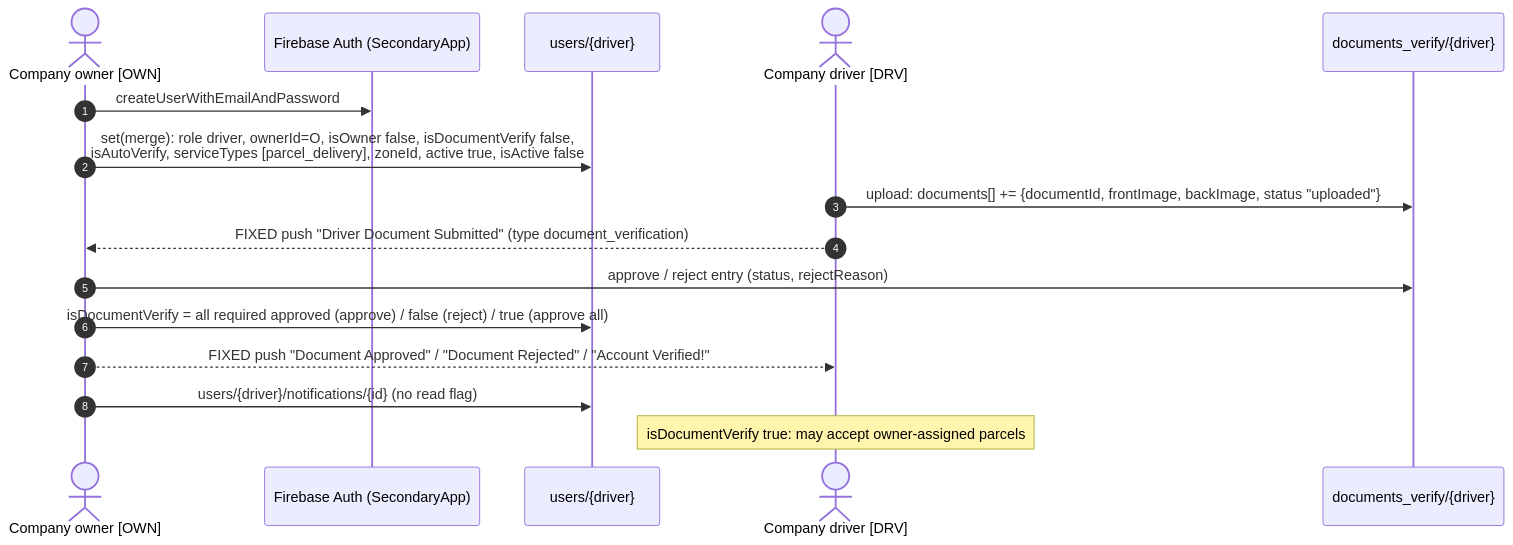
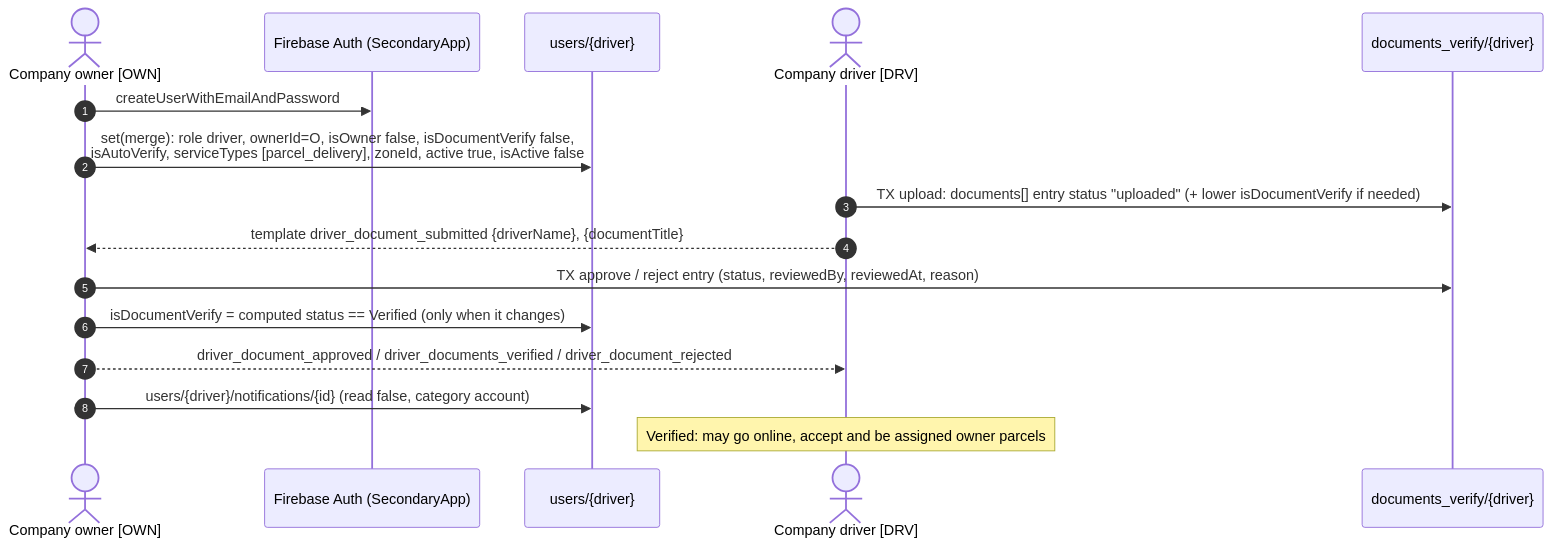
One commit to mayankmodi-siddhiinfosoft/spideli_emart changed the third of 8 diagrams in docs/PARCEL-MANAGEMENT-FLOW.md. Above: the diagram before and after it, drawn with Mermaid. The commit also changed other lines of this file, not shown here.

Commit message:
docs: parcel management and delivery flow re-verified (carrier set-up, computed driver verification, verified-only assignment, document templates, current gaps)

````diff
--- a/docs/PARCEL-MANAGEMENT-FLOW.md
+++ b/docs/PARCEL-MANAGEMENT-FLOW.md
@@ -431,18 +572,18 @@
 ```mermaid
 sequenceDiagram
     autonumber
     actor O as Company owner [OWN]
     participant A as Firebase Auth (SecondaryApp)
     participant U as users/{driver}
     actor D as Company driver [DRV]
     participant V as documents_verify/{driver}
     O->>A: createUserWithEmailAndPassword
     O->>U: set(merge): role driver, ownerId=O, isOwner false, isDocumentVerify false,<br/>isAutoVerify, serviceTypes [parcel_delivery], zoneId, active true, isActive false
-    D->>V: upload: documents[] += {documentId, frontImage, backImage, status "uploaded"}
-    D-->>O: FIXED push "Driver Document Submitted" (type document_verification)
-    O->>V: approve / reject entry (status, rejectReason)
-    O->>U: isDocumentVerify = all required approved (approve) / false (reject) / true (approve all)
-    O-->>D: FIXED push "Document Approved" / "Document Rejected" / "Account Verified!"
-    O->>U: users/{driver}/notifications/{id} (no read flag)
-    Note over D: isDocumentVerify true: may accept owner-assigned parcels
+    D->>V: TX upload: documents[] entry status "uploaded" (+ lower isDocumentVerify if needed)
+    D-->>O: template driver_document_submitted {driverName}, {documentTitle}
+    O->>V: TX approve / reject entry (status, reviewedBy, reviewedAt, reason)
+    O->>U: isDocumentVerify = computed status == Verified (only when it changes)
+    O-->>D: driver_document_approved / driver_documents_verified / driver_document_rejected
+    O->>U: users/{driver}/notifications/{id} (read false, category account)
+    Note over D: Verified: may go online, accept and be assigned owner parcels
 ```
````
